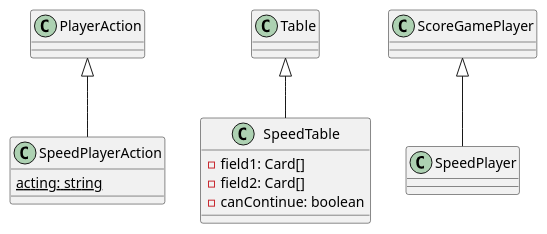
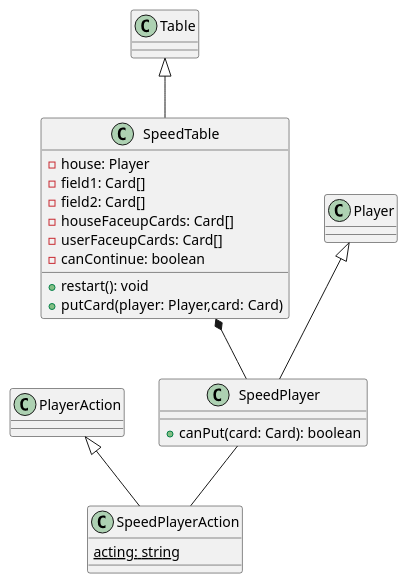
The diagram in uml/akiba/Speed.puml (recursion-teamdev-teamd/devlog), drawn with PlantUML before and after one commit. The commit also changed 9 other files, not shown here.

Commit message:
done creating uml akiba

```diff
--- a/uml/akiba/Speed.puml
+++ b/uml/akiba/Speed.puml
@@ -1,13 +1,22 @@
 class SpeedPlayerAction extends PlayerAction{
   {static}acting: string
 
 }
 
 class SpeedTable extends Table{
+  -house: Player
   -field1: Card[]
   -field2: Card[]
+  -houseFaceupCards: Card[]
+  -userFaceupCards: Card[]
   -canContinue: boolean
-
+  +restart(): void
+  +putCard(player: Player,card: Card)
 }
 
-class SpeedPlayer extends ScoreGamePlayer{}
+class SpeedPlayer extends Player{
+  +canPut(card: Card): boolean
+}
+
+SpeedTable *-- SpeedPlayer
+SpeedPlayer -- SpeedPlayerAction
```
